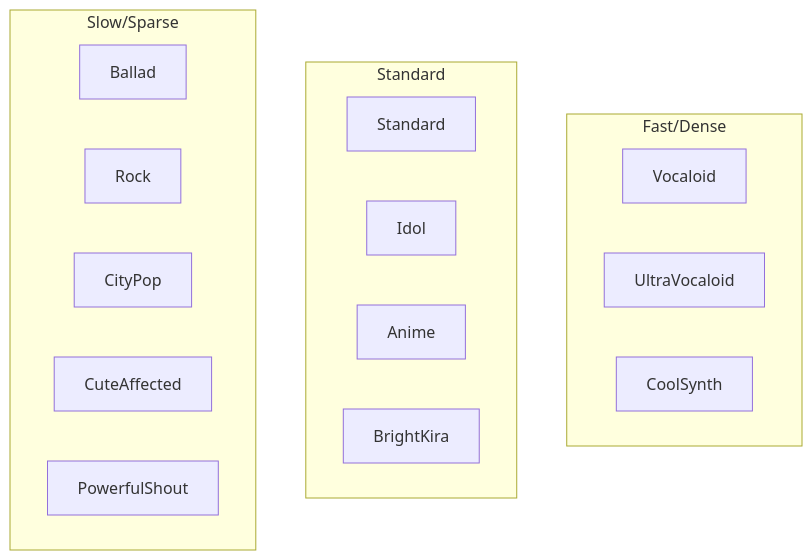
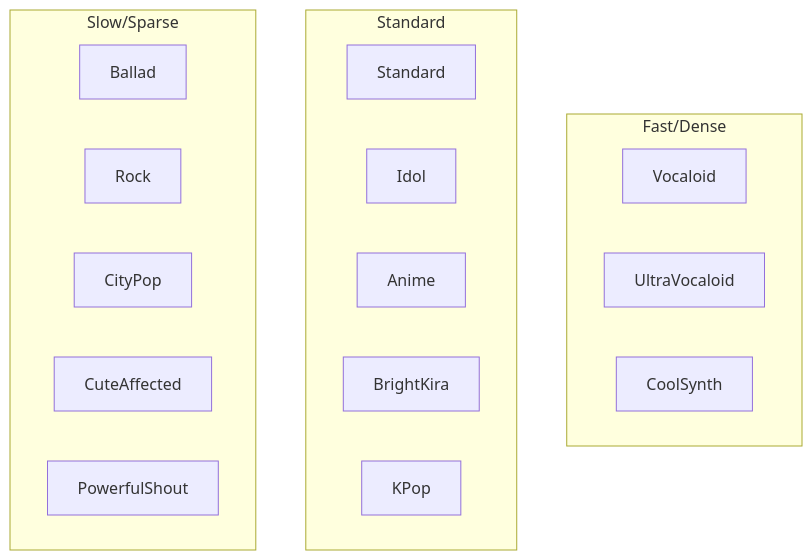
Before and after one commit to libraz/midi-sketch-homepage: the sixth of 6 diagrams in src/docs/presets.md, drawn with Mermaid. The commit also changed other lines of this file and 24 other files, not shown here.

````diff
--- a/src/docs/presets.md
+++ b/src/docs/presets.md
@@ -313,23 +350,24 @@
 ```mermaid
 flowchart TD
     subgraph Fast ["Fast/Dense"]
         V2[Vocaloid]
         V3[UltraVocaloid]
         V10[CoolSynth]
     end
 
     subgraph Standard ["Standard"]
         V1[Standard]
         V4[Idol]
         V8[Anime]
         V9[BrightKira]
+        V13[KPop]
     end
 
     subgraph Slow ["Slow/Sparse"]
         V5[Ballad]
         V6[Rock]
         V7[CityPop]
         V11[CuteAffected]
         V12[PowerfulShout]
     end
 ```
````
